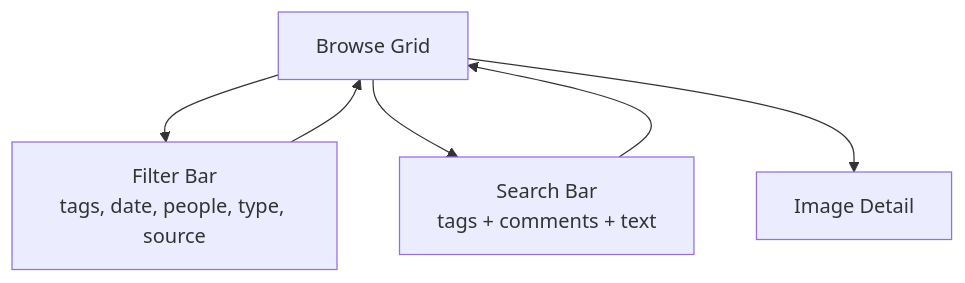
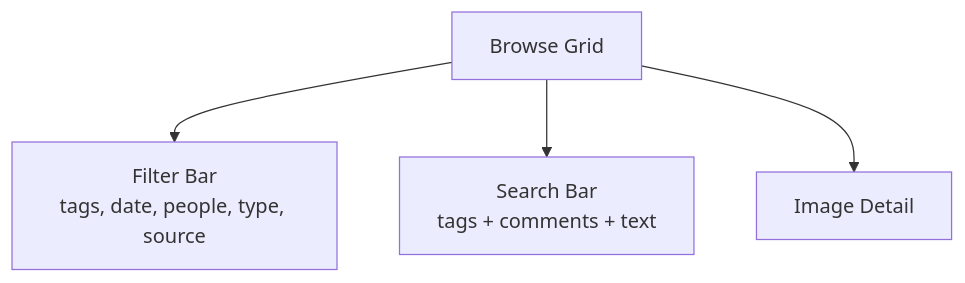
Before and after one commit to leahgarrett/image-management-system: the second of 7 diagrams in docs/ui-flow.md, drawn with Mermaid. The commit also changed other lines of this file and 1 other file, not shown here.

````diff
--- a/docs/ui-flow.md
+++ b/docs/ui-flow.md
@@ -45,13 +47,11 @@
 ```mermaid
 flowchart TD
     Browse[Browse Grid]
     Filters[Filter Bar<br/>tags, date, people, type, source]
     Search[Search Bar<br/>tags + comments + text]
     Detail[Image Detail]
 
     Browse --> Filters
     Browse --> Search
-    Filters --> Browse
-    Search --> Browse
     Browse --> Detail
 ```
````
